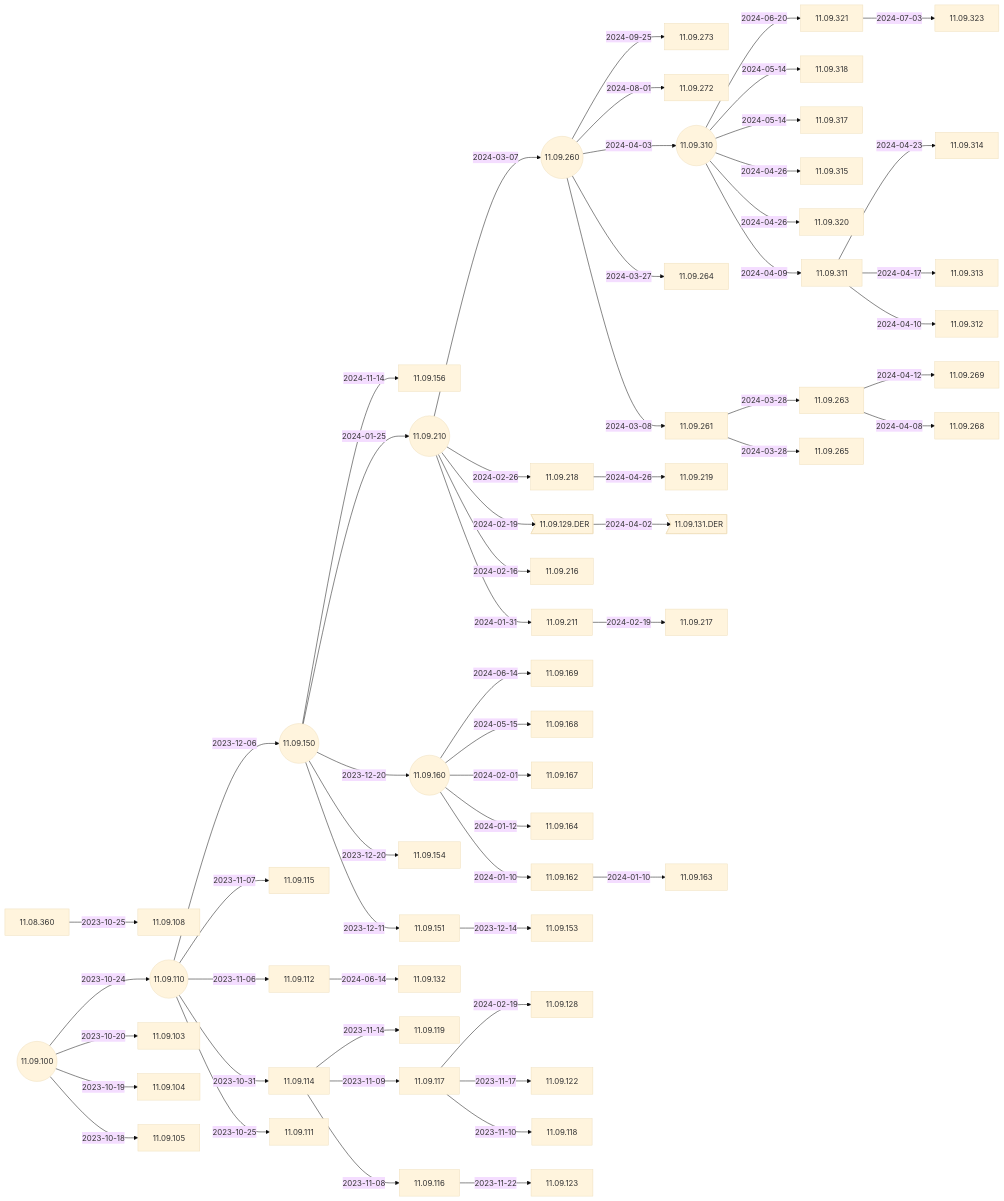
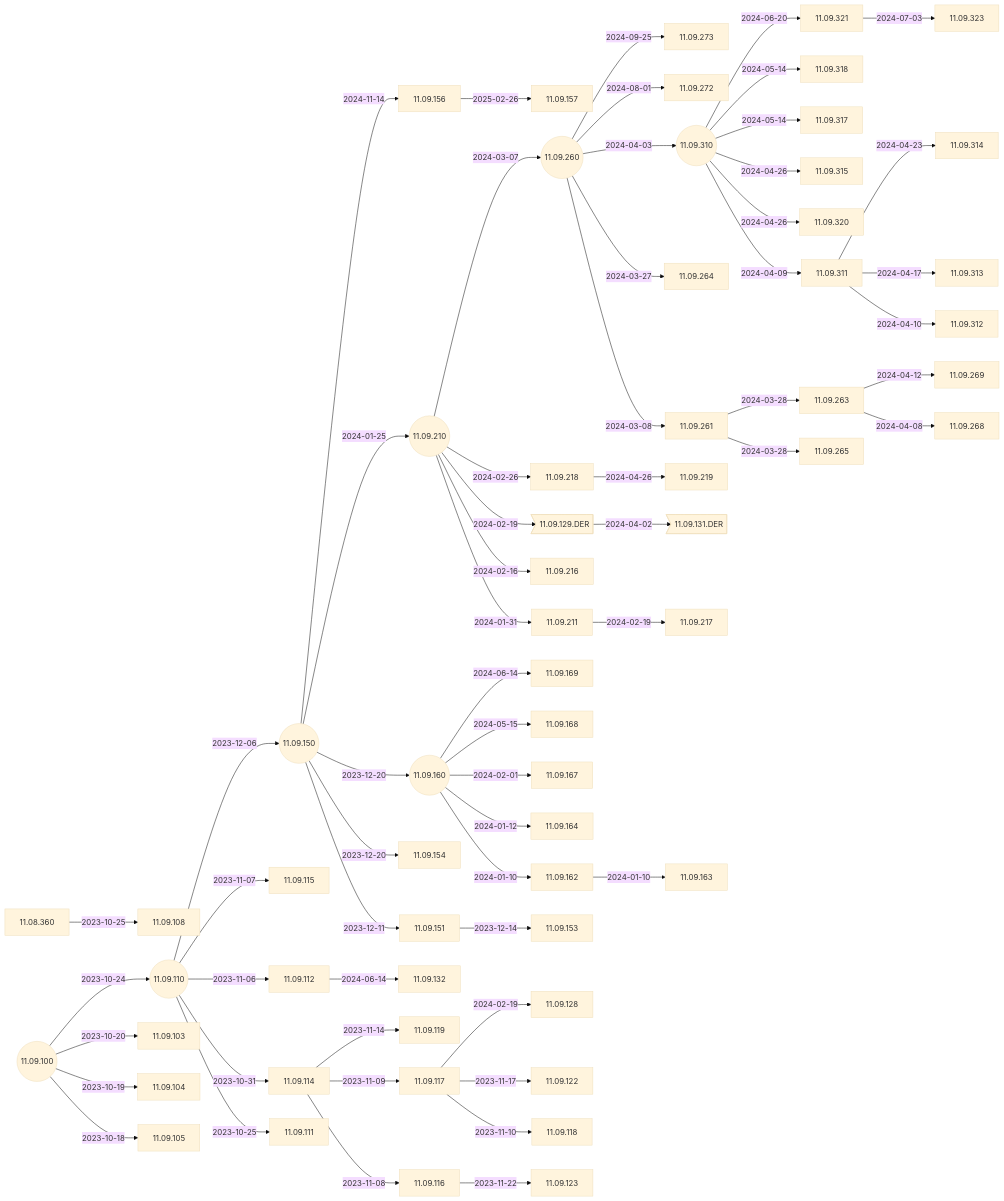
One commit to IGEL-Community/IGEL-Docs-v02 changed the third of 6 diagrams in docs/Docs/ReleaseNotes/01-OS11/README.md. Above: the diagram before and after it, drawn with Mermaid (base theme). The commit also changed 2 other files, not shown here.

Commit message:
11.09.157 from 11.09.156 11.09.157 from 11.09.156

````diff
--- a/docs/Docs/ReleaseNotes/01-OS11/README.md
+++ b/docs/Docs/ReleaseNotes/01-OS11/README.md
@@ -161,5 +161,6 @@
 ```mermaid
 flowchart LR
+    11.09.156-- 2025-02-26 -->11.09.157
     11.09.150-- 2024-11-14 -->11.09.156
     11.09.260-- 2024-09-25 -->11.09.273
     11.09.260-- 2024-08-01 -->11.09.272
@@ -218,6 +219,7 @@
     11.09.100-- 2023-10-19 -->11.09.104
     11.09.100-- 2023-10-18 -->11.09.105
     11.09.100((11.09.100))
+    click 11.09.157 "https://github.com/IGEL-Community/IGEL-Docs-v02/tree/main/docs/Docs/ReleaseNotes/01-OS11/readme11.09.157.txt" _blank
     click 11.09.156 "https://github.com/IGEL-Community/IGEL-Docs-v02/tree/main/docs/Docs/ReleaseNotes/01-OS11/readme11.09.156.txt" _blank
     click 11.09.273 "https://github.com/IGEL-Community/IGEL-Docs-v02/tree/main/docs/Docs/ReleaseNotes/01-OS11/readme11.09.273.txt" _blank
     click 11.09.272 "https://github.com/IGEL-Community/IGEL-Docs-v02/tree/main/docs/Docs/ReleaseNotes/01-OS11/readme11.09.272.txt" _blank
````
